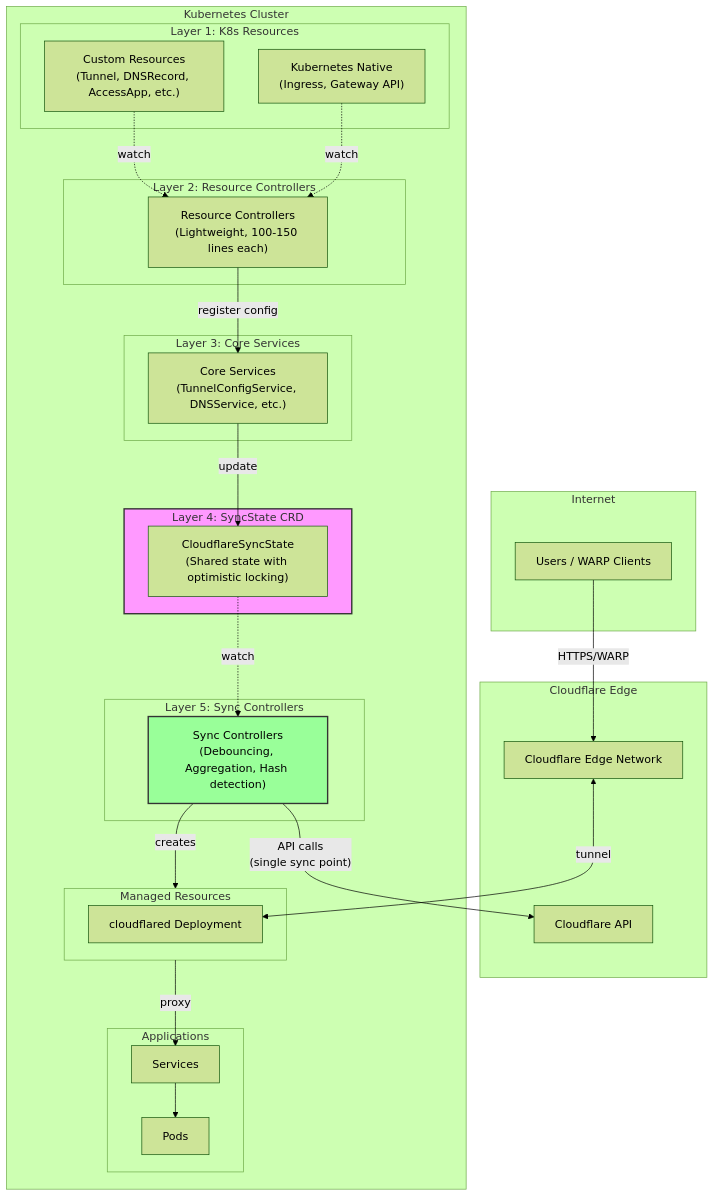
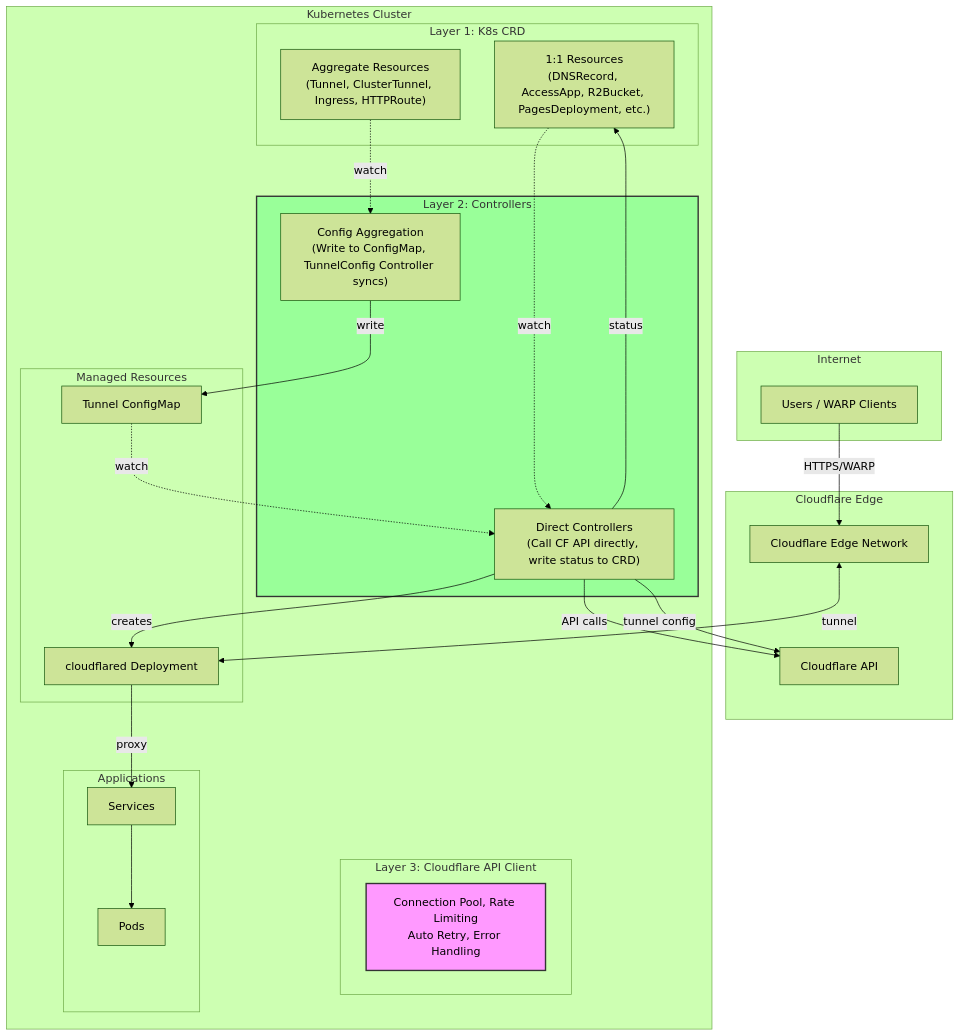
The diagram in README.md (StringKe/cloudflare-operator), drawn with Mermaid (forest theme) before and after one commit. The commit also changed other lines of this file and 6 other files, not shown here.

First line of the commit message:
docs: update architecture and PagesDeployment API documentation

````diff
--- a/README.md
+++ b/README.md
@@ -66,58 +66,53 @@
 ```mermaid
 flowchart TB
     subgraph Internet["Internet"]
         Users["Users / WARP Clients"]
     end
 
     subgraph Cloudflare["Cloudflare Edge"]
         Edge["Cloudflare Edge Network"]
         API["Cloudflare API"]
     end
 
     subgraph K8s["Kubernetes Cluster"]
-        subgraph Layer1["Layer 1: K8s Resources"]
-            CRDs["Custom Resources<br/>(Tunnel, DNSRecord, AccessApp, etc.)"]
-            K8sNative["Kubernetes Native<br/>(Ingress, Gateway API)"]
+        subgraph Layer1["Layer 1: K8s CRD"]
+            OneToOne["1:1 Resources<br/>(DNSRecord, AccessApp, R2Bucket, PagesDeployment, etc.)"]
+            Aggregate["Aggregate Resources<br/>(Tunnel, ClusterTunnel, Ingress, HTTPRoute)"]
         end
 
-        subgraph Layer2["Layer 2: Resource Controllers"]
-            RC["Resource Controllers<br/>(Lightweight, 100-150 lines each)"]
+        subgraph Layer2["Layer 2: Controllers"]
+            Direct["Direct Controllers<br/>(Call CF API directly, write status to CRD)"]
+            ConfigAgg["Config Aggregation<br/>(Write to ConfigMap, TunnelConfig Controller syncs)"]
         end
 
-        subgraph Layer3["Layer 3: Core Services"]
-            SVC["Core Services<br/>(TunnelConfigService, DNSService, etc.)"]
-        end
-
-        subgraph Layer4["Layer 4: SyncState CRD"]
-            SyncState["CloudflareSyncState<br/>(Shared state with optimistic locking)"]
-        end
-
-        subgraph Layer5["Layer 5: Sync Controllers"]
-            SC["Sync Controllers<br/>(Debouncing, Aggregation, Hash detection)"]
+        subgraph Layer3["Layer 3: Cloudflare API Client"]
+            CFClient["Connection Pool, Rate Limiting<br/>Auto Retry, Error Handling"]
         end
 
         subgraph Managed["Managed Resources"]
             Deployment["cloudflared Deployment"]
+            ConfigMap["Tunnel ConfigMap"]
         end
 
         subgraph App["Applications"]
             Service["Services"]
             Pod["Pods"]
         end
     end
 
-    CRDs -.->|watch| RC
-    K8sNative -.->|watch| RC
-    RC -->|register config| SVC
-    SVC -->|update| SyncState
-    SyncState -.->|watch| SC
-    SC -->|"API calls<br/>(single sync point)"| API
-    SC -->|creates| Managed
-    Managed -->|proxy| Service
+    OneToOne -.->|watch| Direct
+    Aggregate -.->|watch| ConfigAgg
+    Direct -->|"API calls"| API
+    Direct -->|"status"| OneToOne
+    ConfigAgg -->|write| ConfigMap
+    ConfigMap -.->|watch| Direct
+    Direct -->|"tunnel config"| API
+    Direct -->|creates| Deployment
+    Deployment -->|proxy| Service
     Service --> Pod
     Users -->|HTTPS/WARP| Edge
     Edge <-->|tunnel| Deployment
 
-    style Layer4 fill:#f9f,stroke:#333,stroke-width:2px
-    style SC fill:#9f9,stroke:#333,stroke-width:2px
+    style Layer2 fill:#9f9,stroke:#333,stroke-width:2px
+    style CFClient fill:#f9f,stroke:#333,stroke-width:2px
 ```
````
